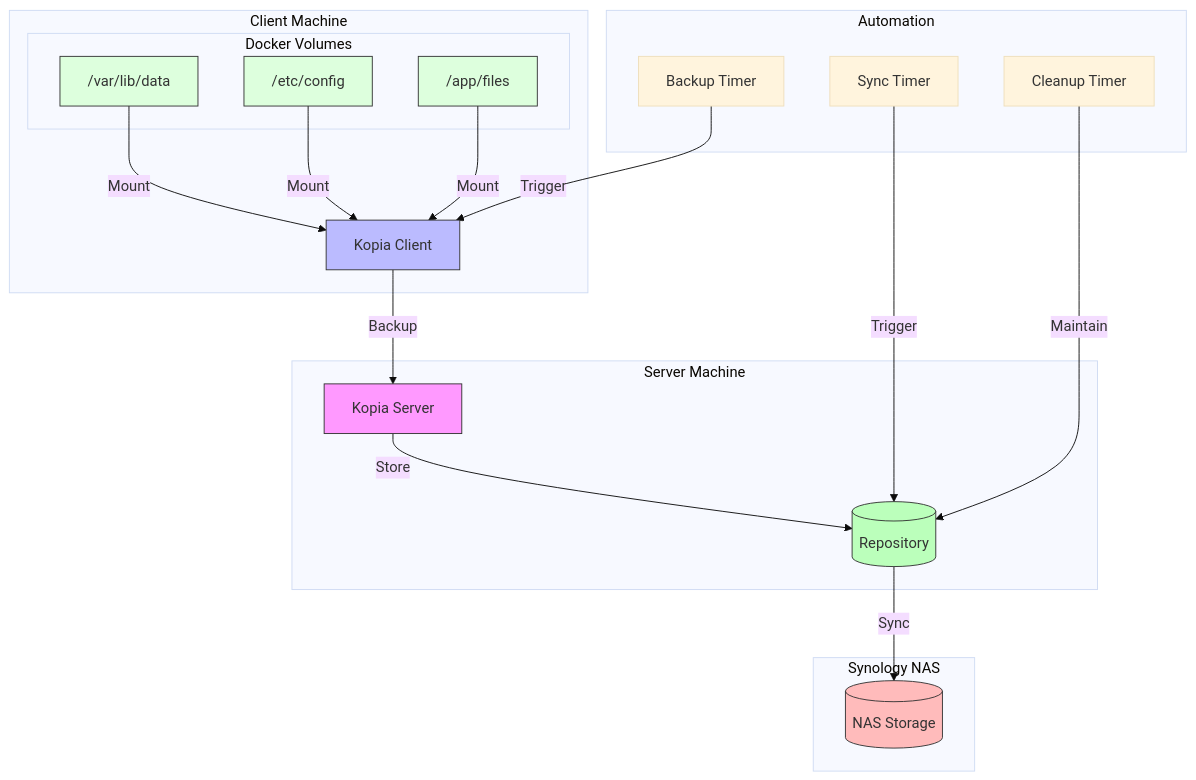
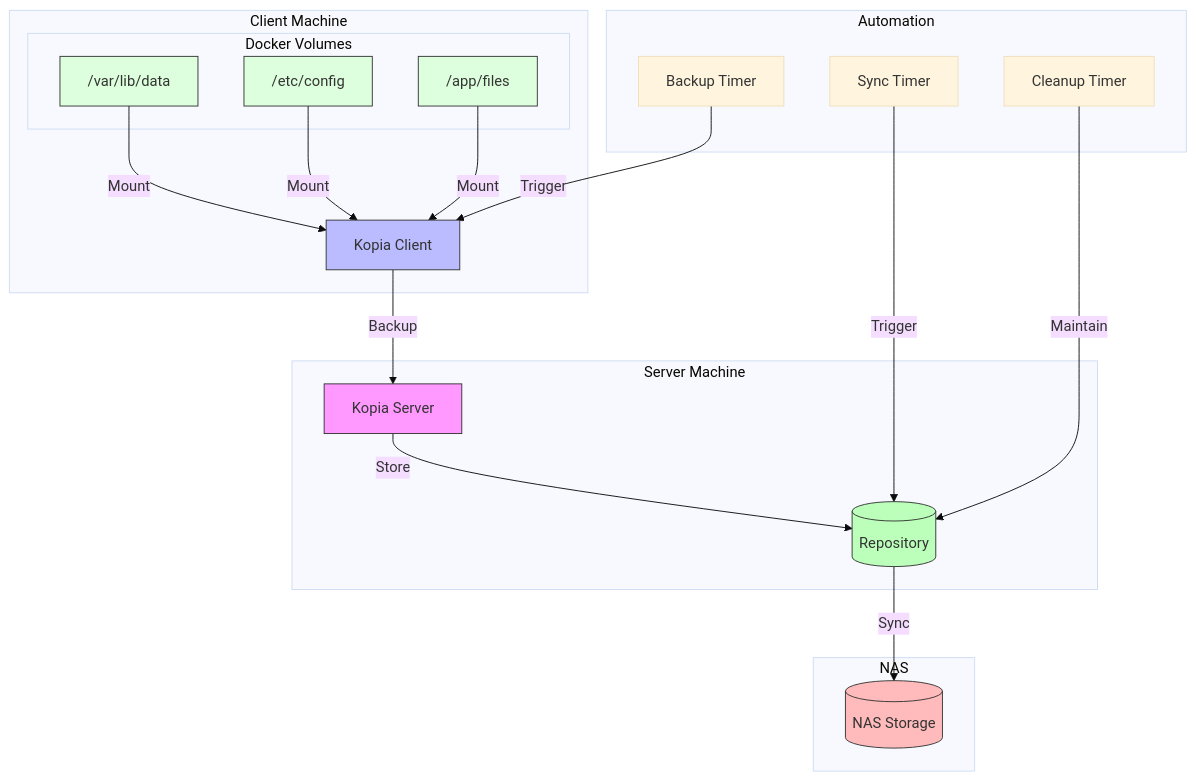
The diagram in README.md (eblet/kopia-backup-run), drawn with Mermaid (base theme) before and after one commit.

Commit message:
edit graph

````diff
--- a/README.md
+++ b/README.md
@@ -14,39 +14,39 @@
 ```mermaid
 graph TB
     subgraph "Client Machine"
         V1["/var/lib/data"] -->|Mount| C
         V2["/etc/config"] -->|Mount| C
         V3["/app/files"] -->|Mount| C
         subgraph "Docker Volumes"
             V1
             V2
             V3
         end
         C[Kopia Client]
     end
 
     subgraph "Server Machine"
         C -->|Backup| S[Kopia Server]
         S -->|Store| R[(Repository)]
     end
 
-    subgraph "Synology NAS"
+    subgraph "NAS"
         N[(NAS Storage)]
     end
 
     R -->|Sync| N
 
     subgraph "Automation"
         T1[Backup Timer] -->|Trigger| C
         T2[Sync Timer] -->|Trigger| R
         T3[Cleanup Timer] -->|Maintain| R
     end
 
     style S fill:#f9f,stroke:#333
     style C fill:#bbf,stroke:#333
     style R fill:#bfb,stroke:#333
     style N fill:#fbb,stroke:#333
     style V1 fill:#dfd,stroke:#333
     style V2 fill:#dfd,stroke:#333
     style V3 fill:#dfd,stroke:#333
 ```
````
